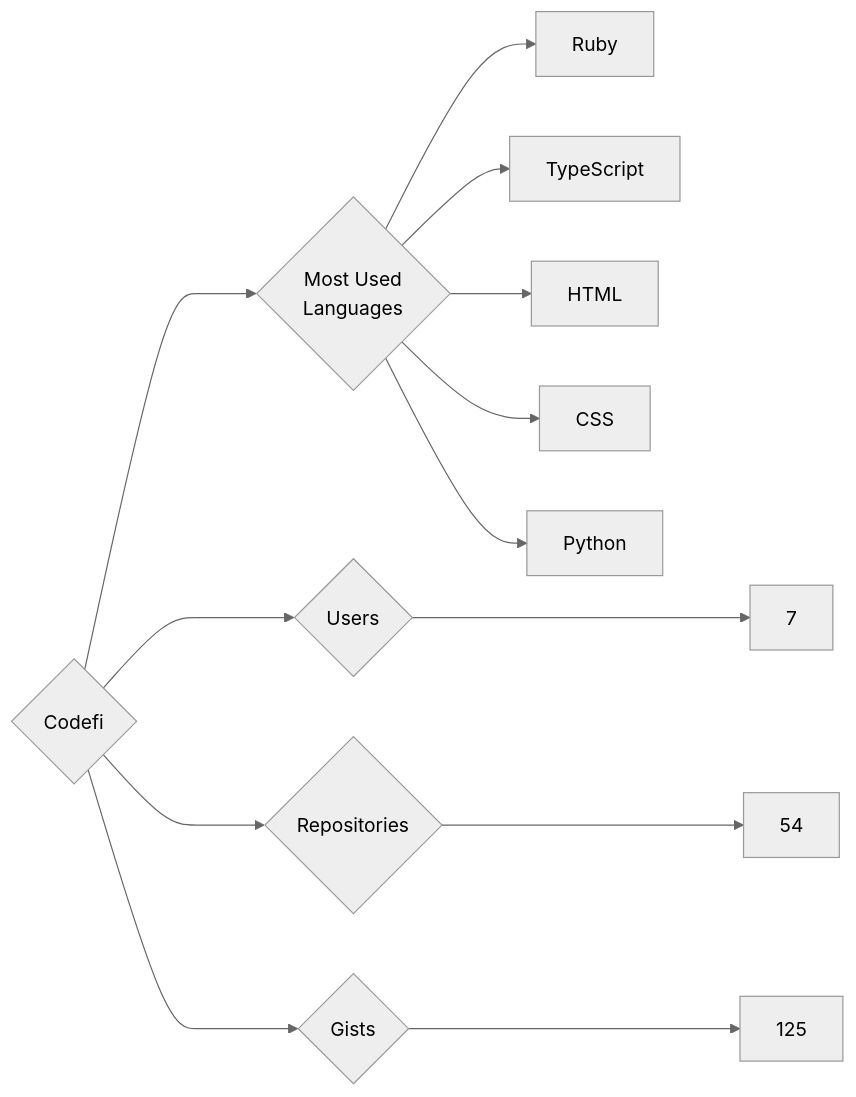
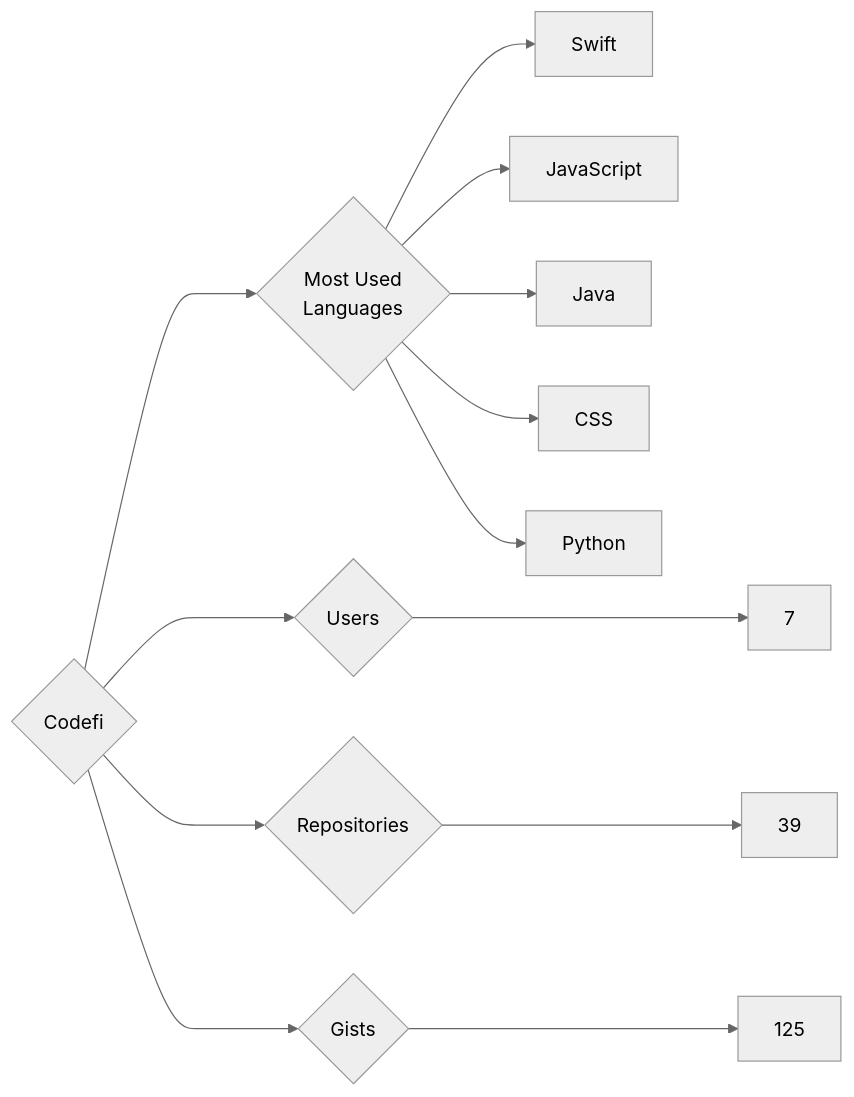
One commit to trickest/insiders changed the diagram in targets/Codefi/README.md. Above: the diagram before and after it, drawn with Mermaid (neutral theme). The commit also changed 723 other files, not shown here.

````diff
--- a/targets/Codefi/README.md
+++ b/targets/Codefi/README.md
@@ -3,13 +3,13 @@
 ```mermaid
 graph LR
 COMPANY_NAME{Codefi}
 COMPANY_NAME ---> U{Users} ---> UN[7]
-COMPANY_NAME ---> R{Repositories} ---> RN[54]
+COMPANY_NAME ---> R{Repositories} ---> RN[39]
 COMPANY_NAME ---> G{Gists} ---> GN[125]
 COMPANY_NAME ---> ML{Most Used<br>Languages}
-ML --> Ruby[Ruby]
-ML --> TypeScript[TypeScript]
-ML --> HTML[HTML]
+ML --> Swift[Swift]
+ML --> JavaScript[JavaScript]
+ML --> Java[Java]
 ML --> CSS[CSS]
 ML --> Python[Python]
 ```
````
